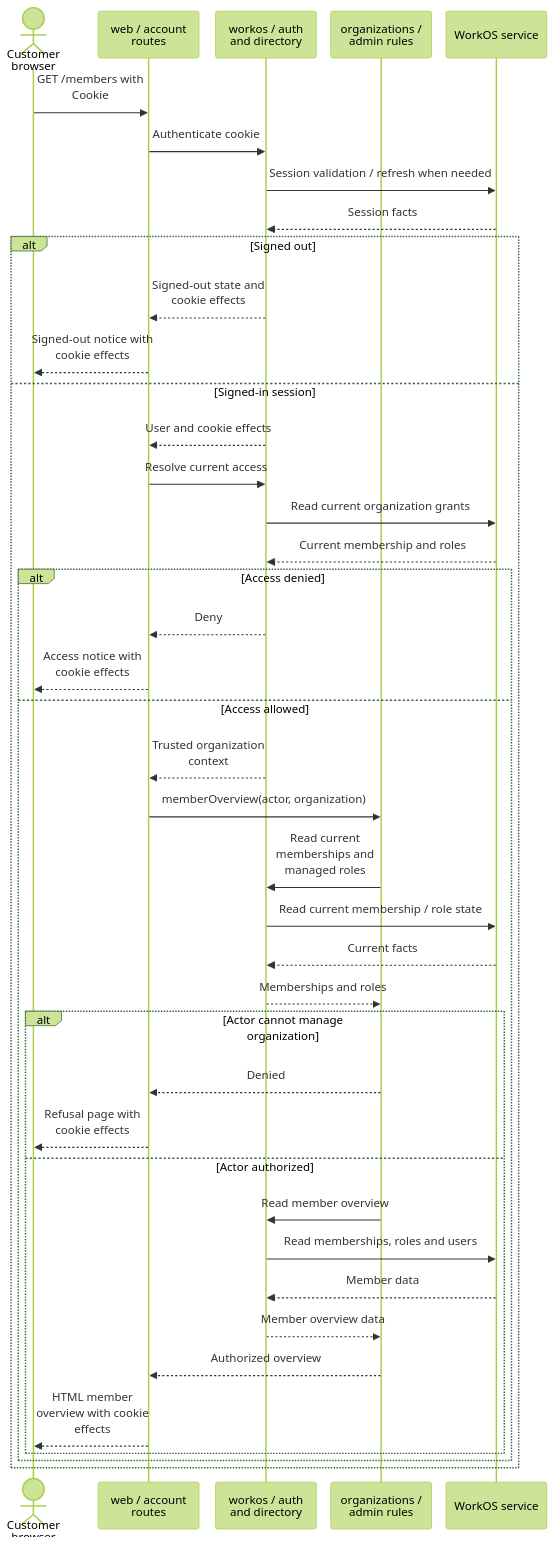
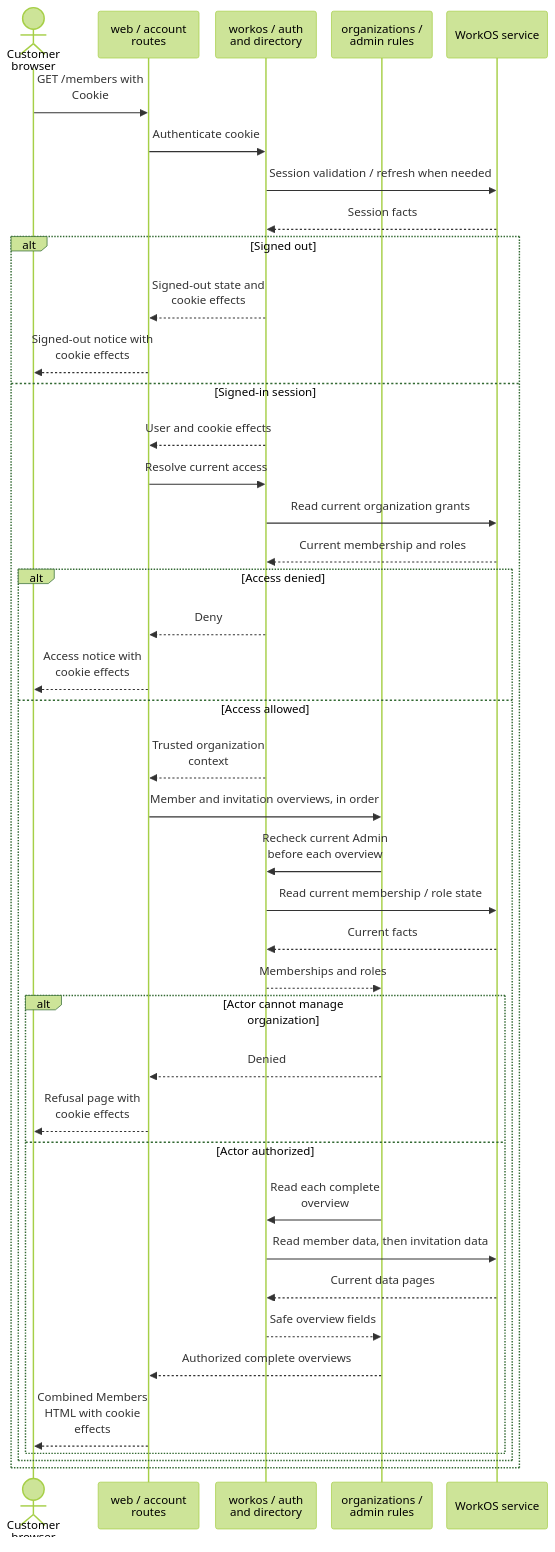
The ninth of 10 diagrams in architecture/components.md (tomer-mayara/Thermus), drawn with Mermaid (forest theme) before and after one commit. The commit also changed other lines of this file and 43 other files, not shown here.

Commit message:
feat: add Members and native invitation management

````diff
--- a/architecture/components.md
+++ b/architecture/components.md
@@ -412,44 +412,44 @@
 ```mermaid
 %%{init: {"sequence": {"wrap": true, "actorMargin": 20, "width": 140}}}%%
 sequenceDiagram
   actor Browser as Customer browser
   participant Routes as web / account routes
   participant Provider as workos / auth and directory
   participant Admin as organizations / admin rules
   participant Remote as WorkOS service
   Browser->>Routes: GET /members with Cookie
   Routes->>Provider: Authenticate cookie
   Provider->>Remote: Session validation / refresh when needed
   Remote-->>Provider: Session facts
   alt Signed out
     Provider-->>Routes: Signed-out state and cookie effects
     Routes-->>Browser: Signed-out notice with cookie effects
   else Signed-in session
     Provider-->>Routes: User and cookie effects
     Routes->>Provider: Resolve current access
     Provider->>Remote: Read current organization grants
     Remote-->>Provider: Current membership and roles
     alt Access denied
       Provider-->>Routes: Deny
       Routes-->>Browser: Access notice with cookie effects
     else Access allowed
       Provider-->>Routes: Trusted organization context
-      Routes->>Admin: memberOverview(actor, organization)
-      Admin->>Provider: Read current memberships and managed roles
+      Routes->>Admin: Member and invitation overviews, in order
+      Admin->>Provider: Recheck current Admin before each overview
       Provider->>Remote: Read current membership / role state
       Remote-->>Provider: Current facts
       Provider-->>Admin: Memberships and roles
       alt Actor cannot manage organization
         Admin-->>Routes: Denied
         Routes-->>Browser: Refusal page with cookie effects
       else Actor authorized
-        Admin->>Provider: Read member overview
-        Provider->>Remote: Read memberships, roles and users
-        Remote-->>Provider: Member data
-        Provider-->>Admin: Member overview data
-        Admin-->>Routes: Authorized overview
-        Routes-->>Browser: HTML member overview with cookie effects
+        Admin->>Provider: Read each complete overview
+        Provider->>Remote: Read member data, then invitation data
+        Remote-->>Provider: Current data pages
+        Provider-->>Admin: Safe overview fields
+        Admin-->>Routes: Authorized complete overviews
+        Routes-->>Browser: Combined Members HTML with cookie effects
       end
     end
   end
 ```
````
